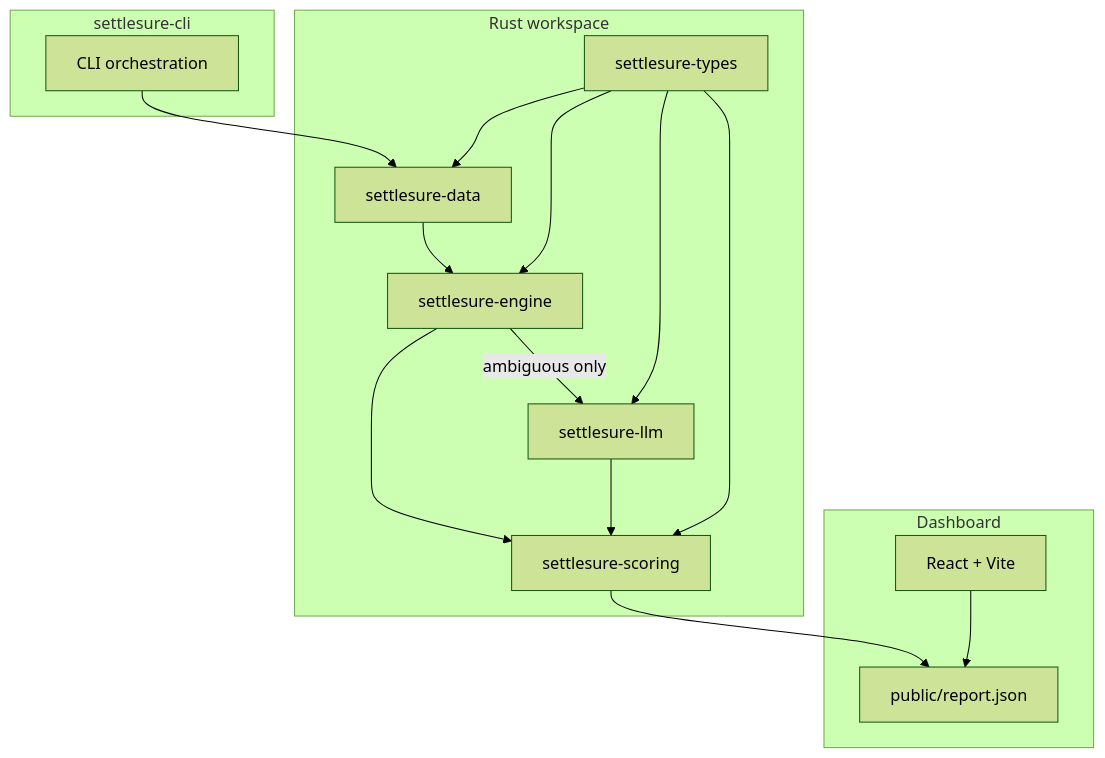
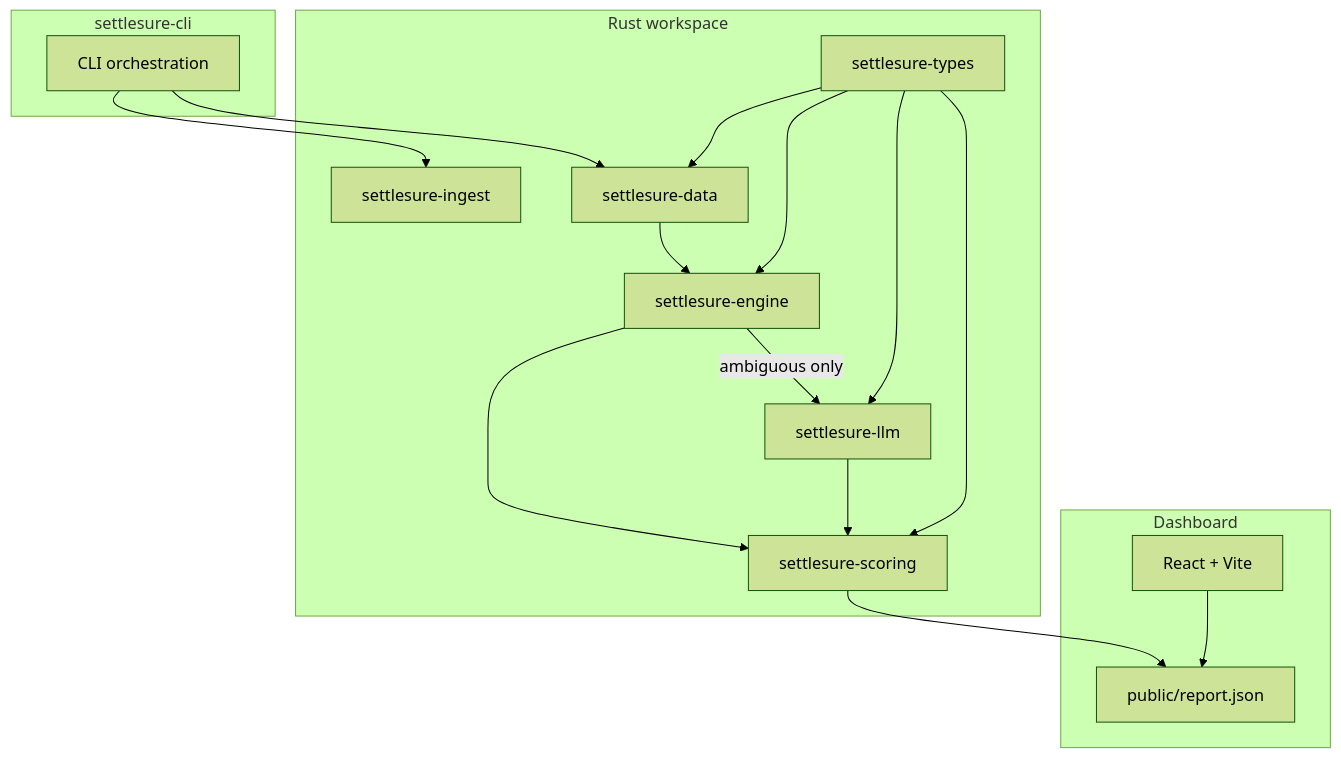
One commit to Annieeeee11/SettleSure changed the diagram in README.md. Above: the diagram before and after it, drawn with Mermaid (forest theme). The commit also changed other lines of this file and 36 other files, not shown here.

````diff
--- a/README.md
+++ b/README.md
@@ -101,27 +116,29 @@
 ```mermaid
 flowchart TB
   subgraph cli [settlesure-cli]
     Args[CLI orchestration]
   end
   subgraph core [Rust workspace]
+    Ingest[settlesure-ingest]
     Data[settlesure-data]
     Engine[settlesure-engine]
     LLM[settlesure-llm]
     Scoring[settlesure-scoring]
     Types[settlesure-types]
   end
   subgraph ui [Dashboard]
     Vite[React + Vite]
     ReportJSON[public/report.json]
   end
+  Args --> Ingest
   Args --> Data --> Engine
   Engine -->|"ambiguous only"| LLM
   Engine --> Scoring
   LLM --> Scoring
   Scoring --> ReportJSON
   Vite --> ReportJSON
   Types --> Data
   Types --> Engine
   Types --> LLM
   Types --> Scoring
 ```
````
